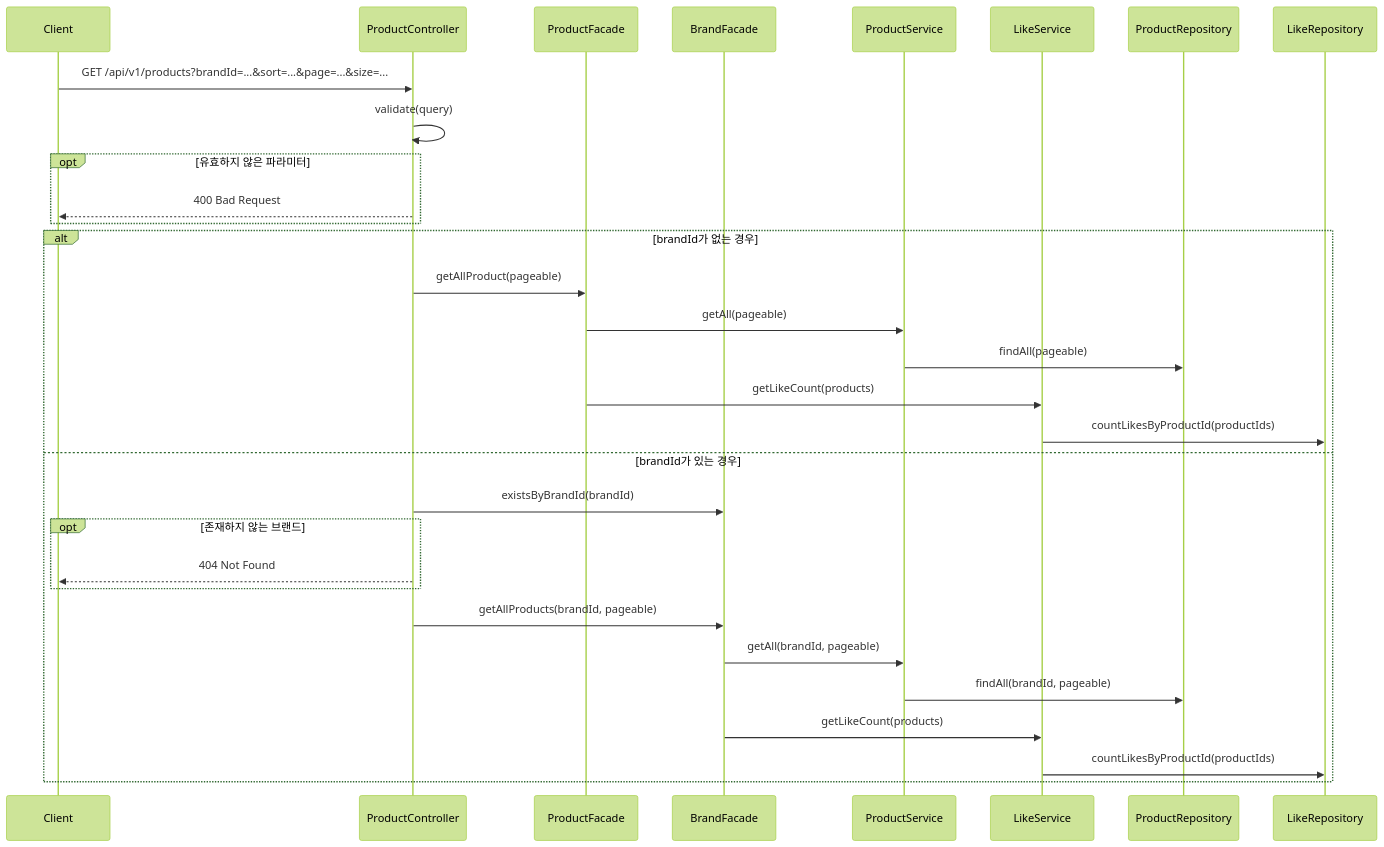
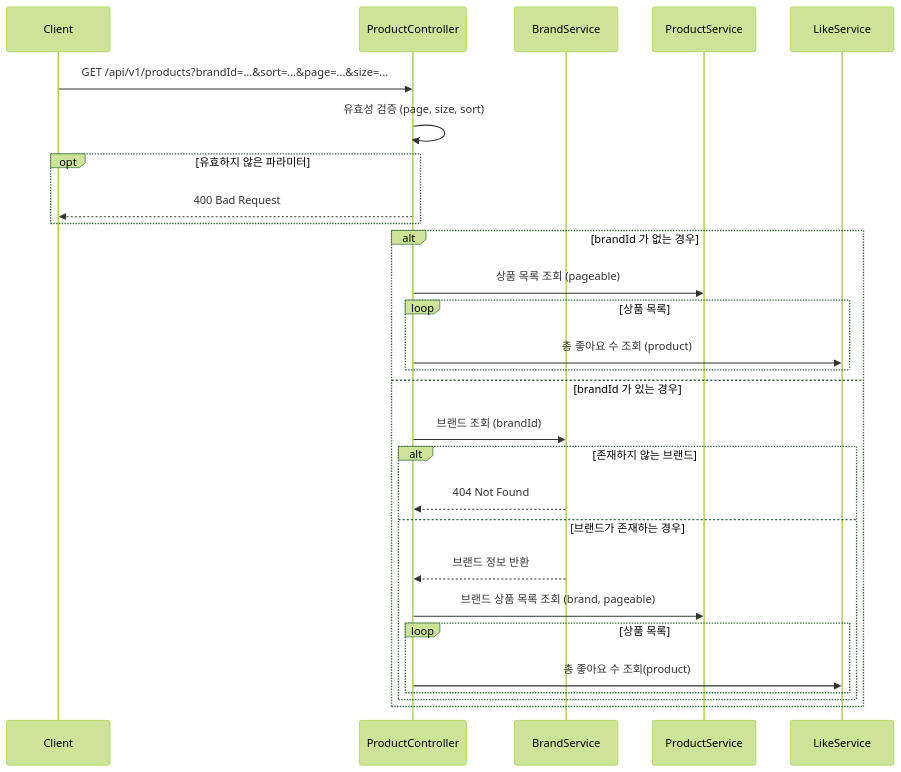
One commit to dhgu-dev/e-commerce changed the first of 9 diagrams in docs/design/02-sequence-diagrams.md. Above: the diagram before and after it, drawn with Mermaid (forest theme). The commit also changed other lines of this file and 3 other files, not shown here.

First line of the commit message:
docs: 시퀀스 및 클래스 다이어그램 개선 (#11)

````diff
--- a/docs/design/02-sequence-diagrams.md
+++ b/docs/design/02-sequence-diagrams.md
@@ -9,34 +9,31 @@
 ```mermaid
 sequenceDiagram
-    participant Client
-    participant ProductController
-    participant ProductFacade
-    participant BrandFacade
-    participant ProductService
-    participant LikeService
-    participant ProductRepository
-    participant LikeRepository
+    participant C as Client
+    participant PC as ProductController
+    participant BS as BrandService
+    participant PS as ProductService
+    participant LS as LikeService
 
-    Client->>ProductController: GET /api/v1/products?brandId=...&sort=...&page=...&size=...
-    ProductController->>ProductController: validate(query)
+    C->>PC: GET /api/v1/products?brandId=...&sort=...&page=...&size=...
+    PC->>PC: 유효성 검증 (page, size, sort)
     opt 유효하지 않은 파라미터
-        ProductController-->>Client: 400 Bad Request
+        PC-->>C: 400 Bad Request
     end
-    alt brandId가 없는 경우
-        ProductController->>ProductFacade: getAllProduct(pageable)
-        ProductFacade->>ProductService: getAll(pageable)
-        ProductService->>ProductRepository: findAll(pageable)
-        ProductFacade->>LikeService: getLikeCount(products)
-        LikeService->>LikeRepository: countLikesByProductId(productIds)
-    else brandId가 있는 경우
-        ProductController->>BrandFacade: existsByBrandId(brandId)
-        opt 존재하지 않는 브랜드
-            ProductController-->>Client: 404 Not Found
+    alt brandId 가 없는 경우
+        PC->>PS: 상품 목록 조회 (pageable)
+        loop 상품 목록
+            PC->>LS: 총 좋아요 수 조회 (product)
         end
-        ProductController->>BrandFacade: getAllProducts(brandId, pageable)
-        BrandFacade->>ProductService: getAll(brandId, pageable)
-        ProductService->>ProductRepository: findAll(brandId, pageable)
-        BrandFacade->>LikeService: getLikeCount(products)
-        LikeService->>LikeRepository: countLikesByProductId(productIds)
+    else brandId 가 있는 경우
+        PC->>BS: 브랜드 조회 (brandId)
+        alt 존재하지 않는 브랜드
+            BS-->>PC: 404 Not Found
+        else 브랜드가 존재하는 경우
+            BS-->>PC: 브랜드 정보 반환
+            PC->>PS: 브랜드 상품 목록 조회 (brand, pageable)
+            loop 상품 목록
+                PC->>LS: 총 좋아요 수 조회(product)
+            end
+        end
     end
 ```
````
